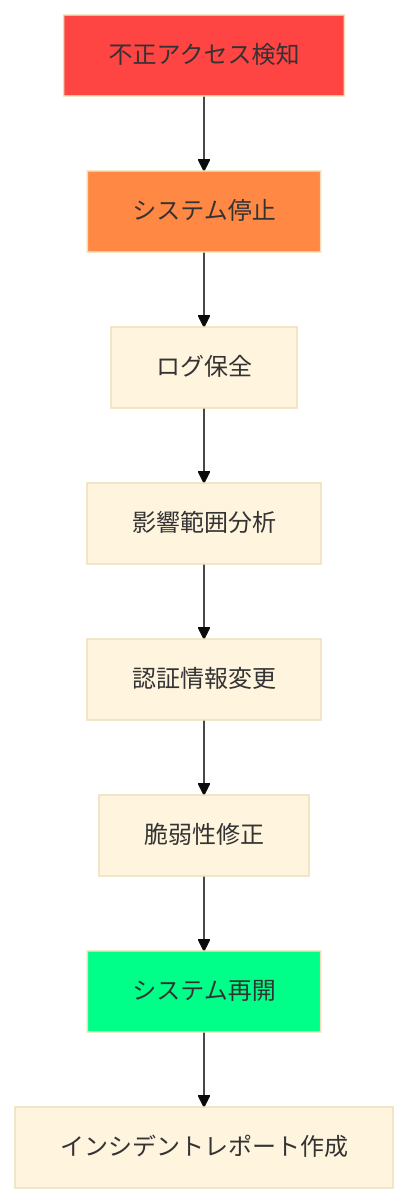
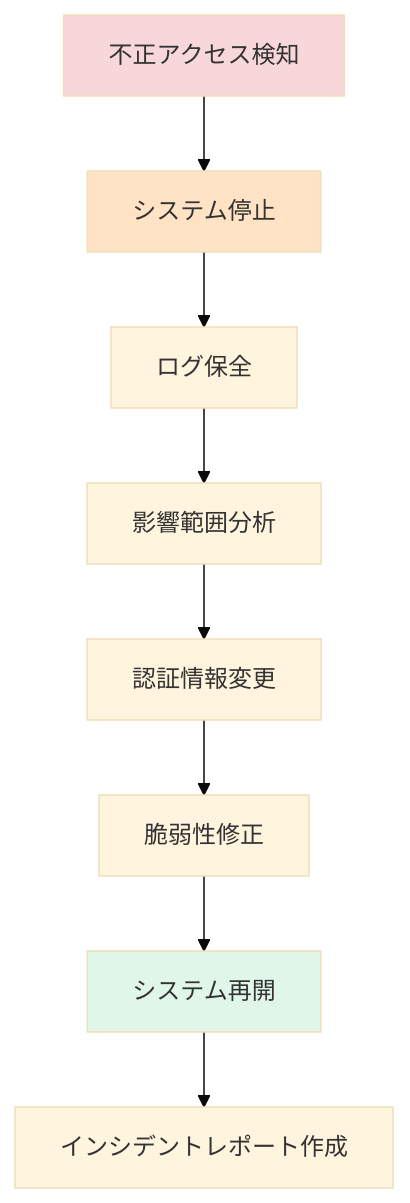
The third of 3 diagrams in documents/SECURITY.md (Masakai/meteo), drawn with Mermaid (base theme) before and after one commit. The commit also changed other lines of this file and 8 other files, not shown here.

Commit message:
- Mermaidダイアグラム用スタイルのカラーパレットを調整   - セーフティカラーを温和なトーンへ変更   - Mermaidテーマ設定のドキュメントやスクリプトを更新 - WebRTC/Go2RTC関連のドキュメント強化   - `go2rtc` コンテナ仕様、図解を追加   - ダッシュボード埋め込み方式とストリーミング設定を反映   - 構築手順にポートや依存関係情報を補足

````diff
--- a/documents/SECURITY.md
+++ b/documents/SECURITY.md
@@ -661,23 +661,23 @@
 ```mermaid
 flowchart TD
     Detect["不正アクセス検知"]
     Stop["システム停止"]
     Preserve["ログ保全"]
     Analyze["影響範囲分析"]
     Change["認証情報変更"]
     Patch["脆弱性修正"]
     Restart["システム再開"]
     Report["インシデントレポート作成"]
 
     Detect --> Stop
     Stop --> Preserve
     Preserve --> Analyze
     Analyze --> Change
     Change --> Patch
     Patch --> Restart
     Restart --> Report
 
-    style Detect fill:#ff4444
-    style Stop fill:#ff8844
-    style Restart fill:#00ff88
+    style Detect fill:#f8d7da
+    style Stop fill:#ffe3c4
+    style Restart fill:#dff6e8
 ```
````
